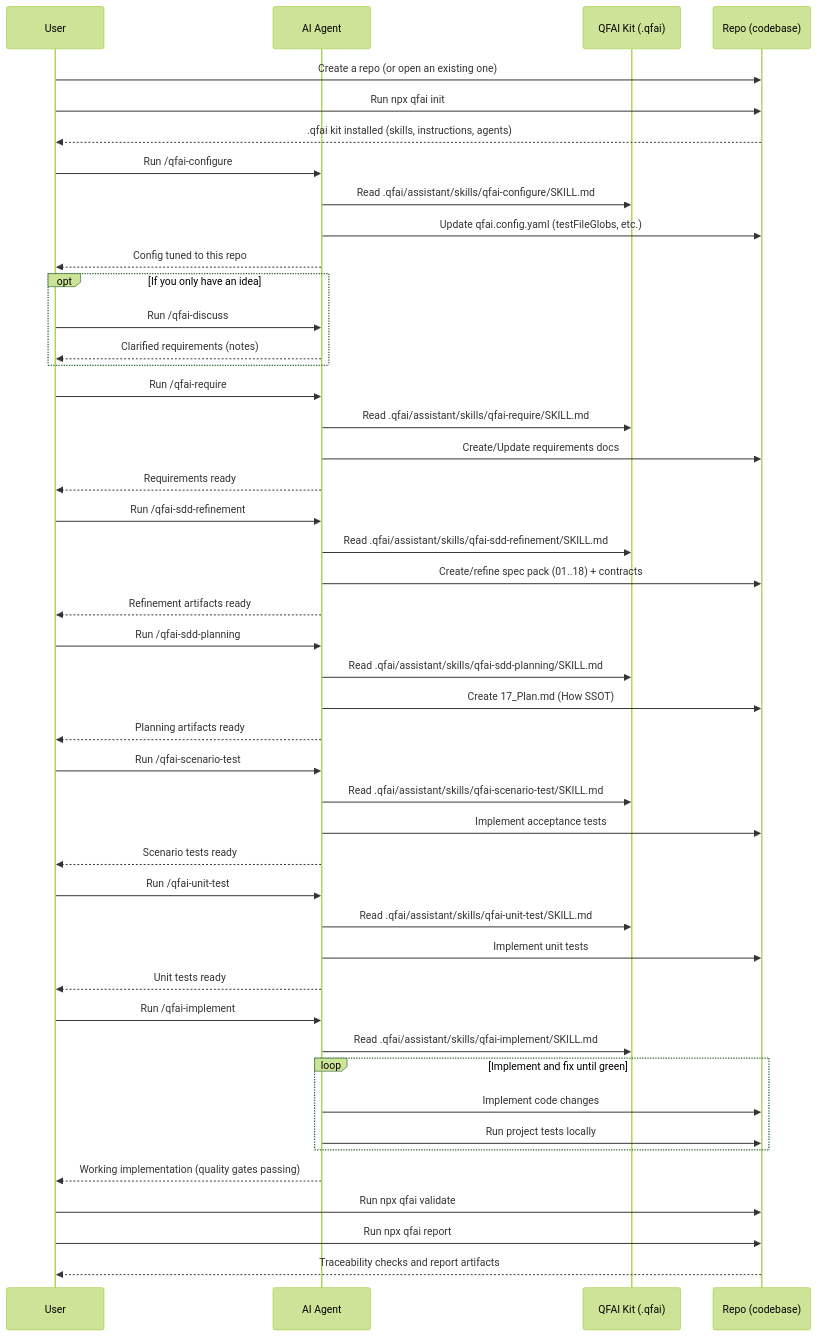
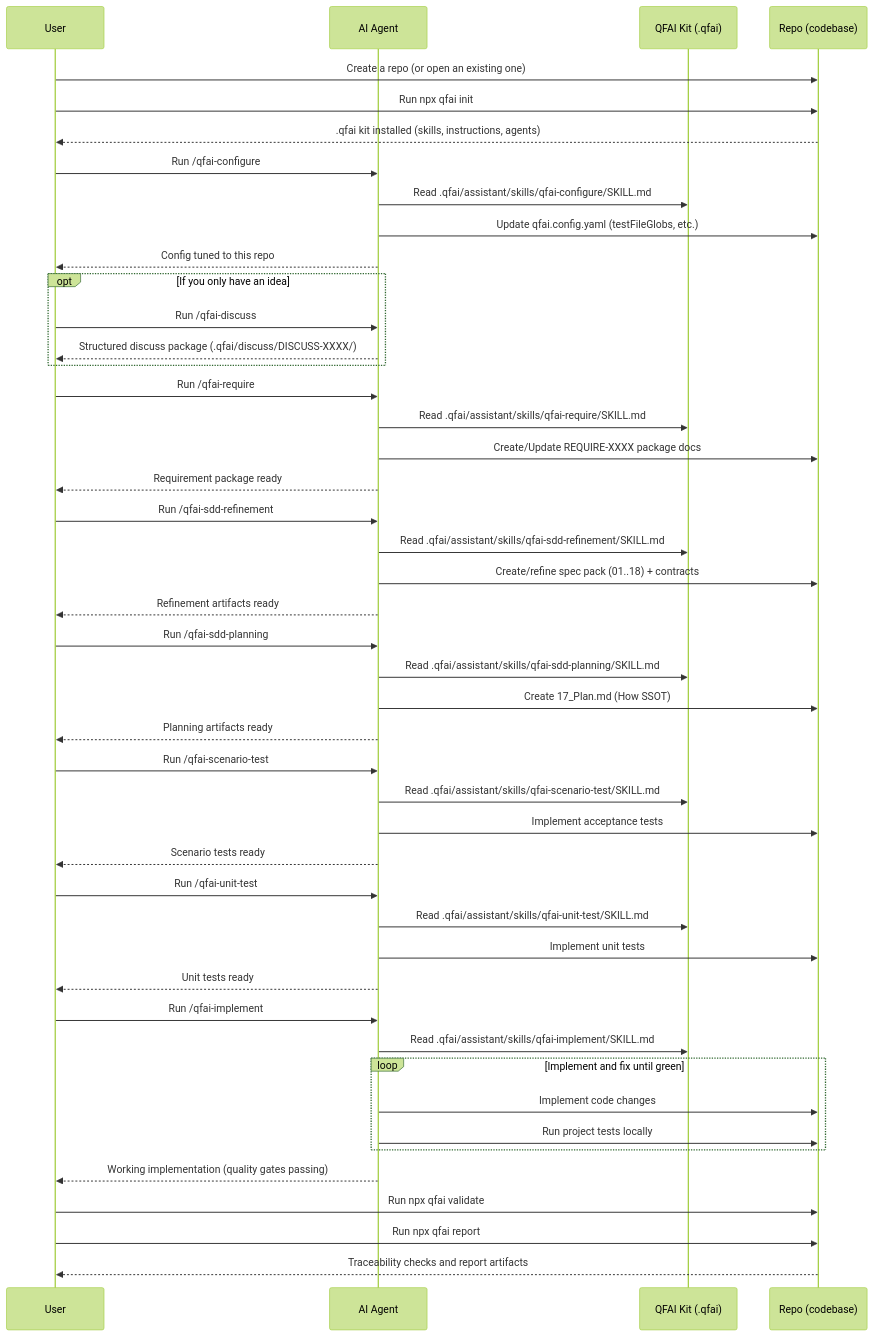
One commit to aganesy/QFAI changed the diagram in packages/qfai/README.md. Above: the diagram before and after it, drawn with Mermaid (forest theme). The commit also changed other lines of this file and 5 other files, not shown here.

Commit message:
chore(v1.4.2): align docs and validators with new discuss/require format

````diff
--- a/packages/qfai/README.md
+++ b/packages/qfai/README.md
@@ -73,58 +73,58 @@
 ```mermaid
 sequenceDiagram
 participant U as User
 participant AG as AI Agent
 participant Q as QFAI Kit (.qfai)
 participant R as Repo (codebase)
 
 U->>R: Create a repo (or open an existing one)
 U->>R: Run npx qfai init
 R-->>U: .qfai kit installed (skills, instructions, agents)
 
 U->>AG: Run /qfai-configure
 AG->>Q: Read .qfai/assistant/skills/qfai-configure/SKILL.md
 AG->>R: Update qfai.config.yaml (testFileGlobs, etc.)
 AG-->>U: Config tuned to this repo
 
 opt If you only have an idea
 U->>AG: Run /qfai-discuss
-AG-->>U: Clarified requirements (notes)
+AG-->>U: Structured discuss package (.qfai/discuss/DISCUSS-XXXX/)
 end
 
 U->>AG: Run /qfai-require
 AG->>Q: Read .qfai/assistant/skills/qfai-require/SKILL.md
-AG->>R: Create/Update requirements docs
-AG-->>U: Requirements ready
+AG->>R: Create/Update REQUIRE-XXXX package docs
+AG-->>U: Requirement package ready
 
 U->>AG: Run /qfai-sdd-refinement
 AG->>Q: Read .qfai/assistant/skills/qfai-sdd-refinement/SKILL.md
 AG->>R: Create/refine spec pack (01..18) + contracts
 AG-->>U: Refinement artifacts ready
 
 U->>AG: Run /qfai-sdd-planning
 AG->>Q: Read .qfai/assistant/skills/qfai-sdd-planning/SKILL.md
 AG->>R: Create 17_Plan.md (How SSOT)
 AG-->>U: Planning artifacts ready
 
 U->>AG: Run /qfai-scenario-test
 AG->>Q: Read .qfai/assistant/skills/qfai-scenario-test/SKILL.md
 AG->>R: Implement acceptance tests
 AG-->>U: Scenario tests ready
 
 U->>AG: Run /qfai-unit-test
 AG->>Q: Read .qfai/assistant/skills/qfai-unit-test/SKILL.md
 AG->>R: Implement unit tests
 AG-->>U: Unit tests ready
 
 U->>AG: Run /qfai-implement
 AG->>Q: Read .qfai/assistant/skills/qfai-implement/SKILL.md
 loop Implement and fix until green
 AG->>R: Implement code changes
 AG->>R: Run project tests locally
 end
 AG-->>U: Working implementation (quality gates passing)
 
 U->>R: Run npx qfai validate
 U->>R: Run npx qfai report
 R-->>U: Traceability checks and report artifacts
 ```
````
